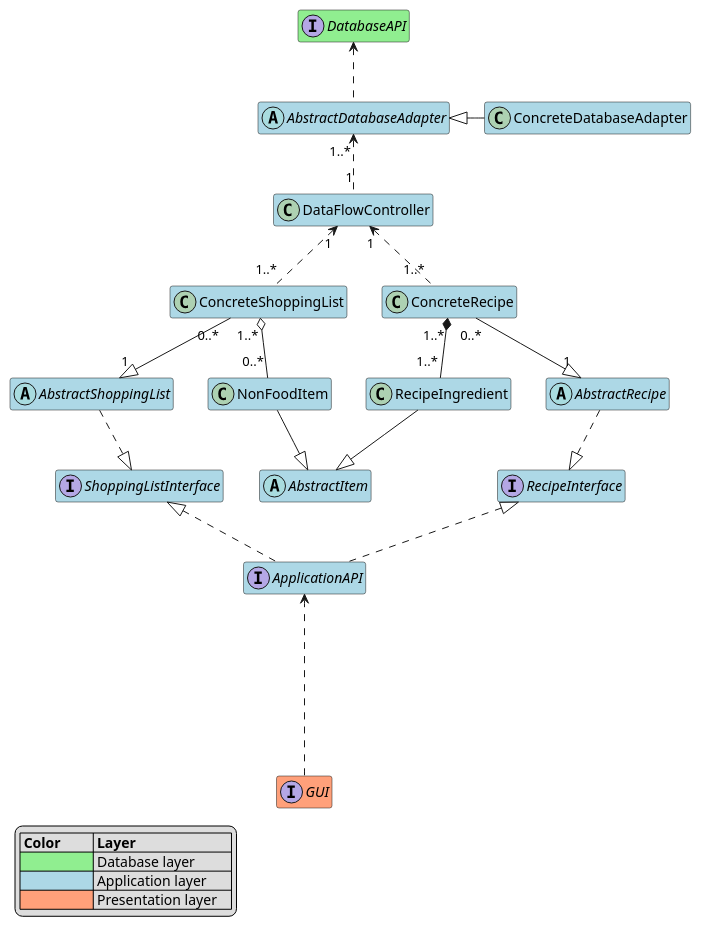
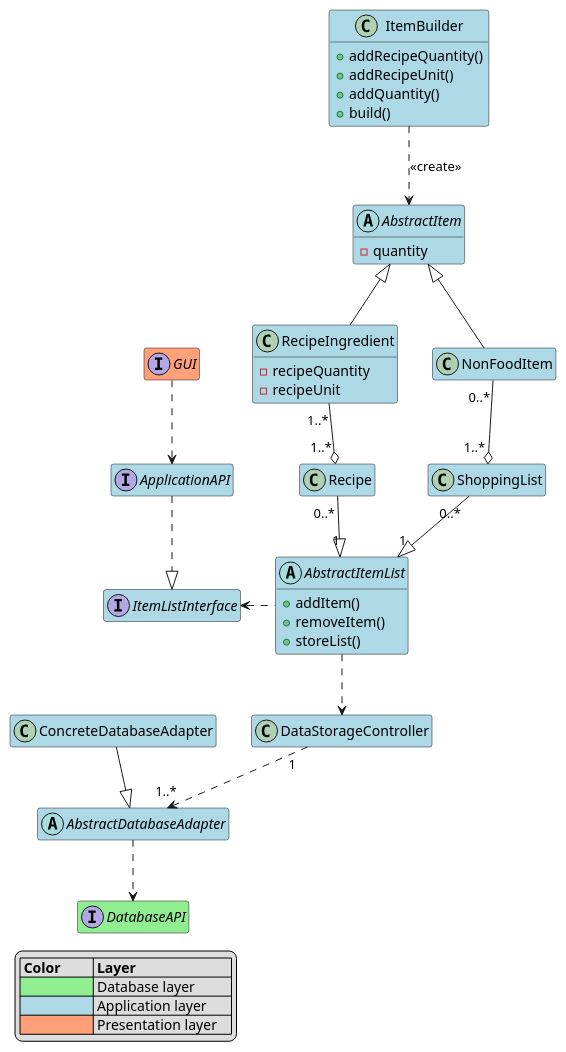
One commit to Uhgtred/Recipe_Shopping_List changed the diagram in Architecture/BlackBoxViewApplication.puml. Above: the diagram before and after it, drawn with PlantUML.

Commit message:
Restarting this project as a kotlin-project

```diff
--- a/Architecture/BlackBoxViewApplication.puml
+++ b/Architecture/BlackBoxViewApplication.puml
@@ -1,57 +1,69 @@
 @startuml
 hide empty members
 
 
 interface DatabaseAPI #lightgreen
 
 
 interface GUI #lightsalmon
-GUI ..u..> ApplicationAPI
+GUI ..> ApplicationAPI
 
 
-interface RecipeInterface #lightblue
-interface ShoppingListInterface #lightblue
-abstract class AbstractItem #lightblue
+interface ItemListInterface #lightblue
+
+class ItemBuilder #lightblue{
+    + addRecipeQuantity()
+    + addRecipeUnit()
+    + addQuantity()
+    + build()
+}
+ItemBuilder ..> AbstractItem: <<create>>
+
+abstract class AbstractItem #lightblue{
+    - quantity
+}
 
 abstract class AbstractDatabaseAdapter #lightblue
-AbstractDatabaseAdapter .u.> DatabaseAPI
+AbstractDatabaseAdapter ..> DatabaseAPI
 
 class ConcreteDatabaseAdapter #lightblue
-ConcreteDatabaseAdapter -l-|> AbstractDatabaseAdapter
+ConcreteDatabaseAdapter --|> AbstractDatabaseAdapter
 
-class DataFlowController #lightblue
-DataFlowController "1" .u.> "1..*" AbstractDatabaseAdapter
+class DataStorageController #lightblue
+DataStorageController "1" ..> "1..*" AbstractDatabaseAdapter
 
 interface ApplicationAPI #lightblue
-ApplicationAPI .u.|> RecipeInterface
-ApplicationAPI .u.|> ShoppingListInterface
+ApplicationAPI ..|> ItemListInterface
 
-abstract class AbstractRecipe #lightblue
-AbstractRecipe ..|> RecipeInterface
+class ShoppingList #lightblue
+ShoppingList "0..*" --|> "1" AbstractItemList
 
-abstract class AbstractShoppingList #lightblue
-AbstractShoppingList ..|> ShoppingListInterface
+class Recipe #lightblue
+Recipe "0..*" --|> "1" AbstractItemList
 
-class ConcreteShoppingList #lightblue
-ConcreteShoppingList "0..*" --|> "1" AbstractShoppingList
-ConcreteShoppingList "1..*" .u.> "1" DataFlowController
+abstract class AbstractItemList #lightblue{
+    + addItem()
+    + removeItem()
+    + storeList()
+}
+AbstractItemList ..> DataStorageController
+AbstractItemList .l.> ItemListInterface
 
-class ConcreteRecipe #lightblue
-ConcreteRecipe "0..*" --|> "1" AbstractRecipe
-ConcreteRecipe "1..*" .u.> "1" DataFlowController
-
-class RecipeIngredient #lightblue
-RecipeIngredient "1..*" -u-* "1..*" ConcreteRecipe
-RecipeIngredient -d-|> AbstractItem
+class RecipeIngredient #lightblue {
+    - recipeQuantity
+    - recipeUnit
+}
+RecipeIngredient "1..*" --o "1..*" Recipe
+RecipeIngredient -u-|> AbstractItem
 
 class NonFoodItem #lightblue
-NonFoodItem "0..*"-u-o "1..*" ConcreteShoppingList
-NonFoodItem -d-|> AbstractItem
+NonFoodItem "0..*"--o "1..*" ShoppingList
+NonFoodItem -u-|> AbstractItem
 
 legend bottom left
 | **Color**         | **Layer**             |
 | <#lightgreen>     | Database layer        |
 | <#lightblue>      | Application layer     |
 | <#lightsalmon>    | Presentation layer    |
 end legend
 @enduml
```
